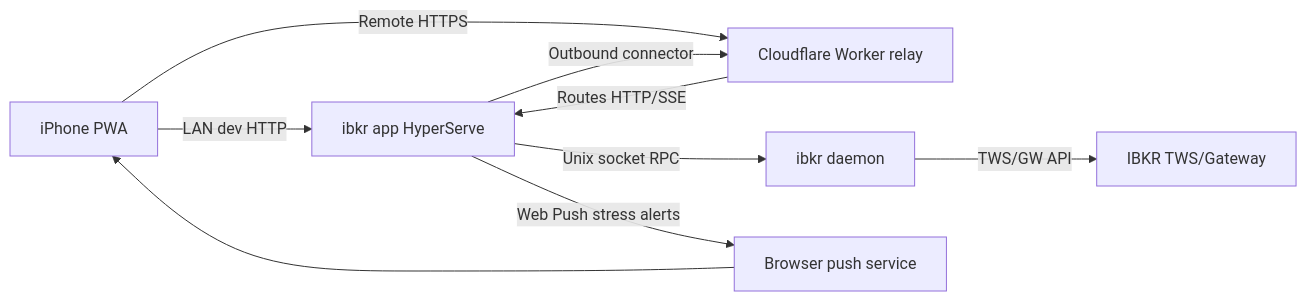
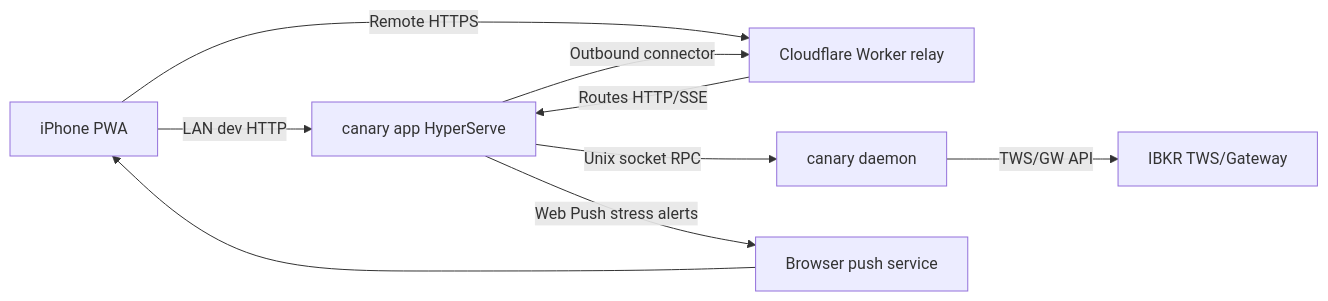
The diagram in internal-docs/design/mobile-app-mvp.md (osauer/canary), drawn with Mermaid before and after one commit. The commit also changed other lines of this file and 746 other files, not shown here.

````diff
--- a/internal-docs/design/mobile-app-mvp.md
+++ b/internal-docs/design/mobile-app-mvp.md
@@ -49,11 +49,11 @@
 ```mermaid
 flowchart LR
-  Phone["iPhone PWA"] -->|"LAN dev HTTP"| App["ibkr app HyperServe"]
+  Phone["iPhone PWA"] -->|"LAN dev HTTP"| App["canary app HyperServe"]
   Phone -->|"Remote HTTPS"| Relay["Cloudflare Worker relay"]
   Relay -->|"Routes HTTP/SSE"| App
   App -->|"Outbound connector"| Relay
-  App -->|"Unix socket RPC"| Daemon["ibkr daemon"]
+  App -->|"Unix socket RPC"| Daemon["canary daemon"]
   Daemon -->|"TWS/GW API"| TWS["IBKR TWS/Gateway"]
   App -->|"Web Push stress alerts"| Push["Browser push service"]
   Push --> Phone
 ```
````
